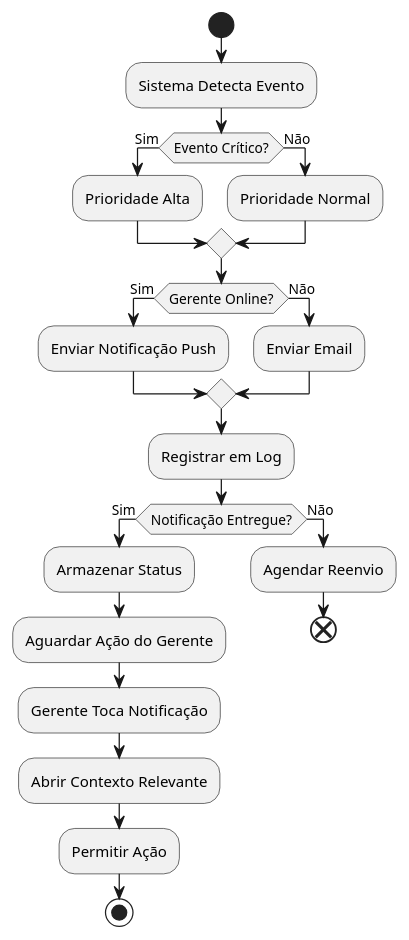
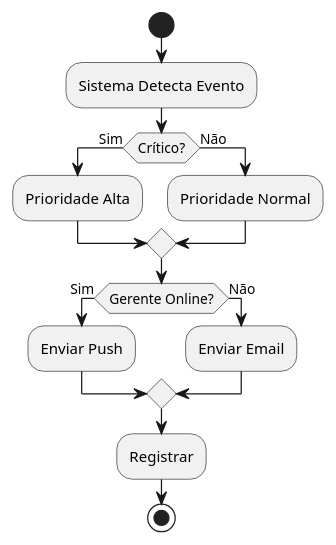
Before and after one commit to juliaovidio/Desenvolvimento-de-Sistemas-M-veis: the tenth of 10 diagrams in docs/documentacao_casoUso.md, drawn with PlantUML. The commit also changed other lines of this file, not shown here.

````diff
--- a/docs/documentacao_casoUso.md
+++ b/docs/documentacao_casoUso.md
@@ -539,28 +475,18 @@
 ```plantuml
-@startuml UC10_Notificar_Alertas
+@startuml UC10
 start
 :Sistema Detecta Evento;
-if (Evento Crítico?) then (Sim)
+if (Crítico?) then (Sim)
   :Prioridade Alta;
 else (Não)
   :Prioridade Normal;
 endif
 if (Gerente Online?) then (Sim)
-  :Enviar Notificação Push;
+  :Enviar Push;
 else (Não)
   :Enviar Email;
 endif
-:Registrar em Log;
-if (Notificação Entregue?) then (Sim)
-  :Armazenar Status;
-  :Aguardar Ação do Gerente;
-  :Gerente Toca Notificação;
-  :Abrir Contexto Relevante;
-  :Permitir Ação;
-  stop
-else (Não)
-  :Agendar Reenvio;
-  end
-endif
+:Registrar;
+stop
 @enduml
 ```
````
